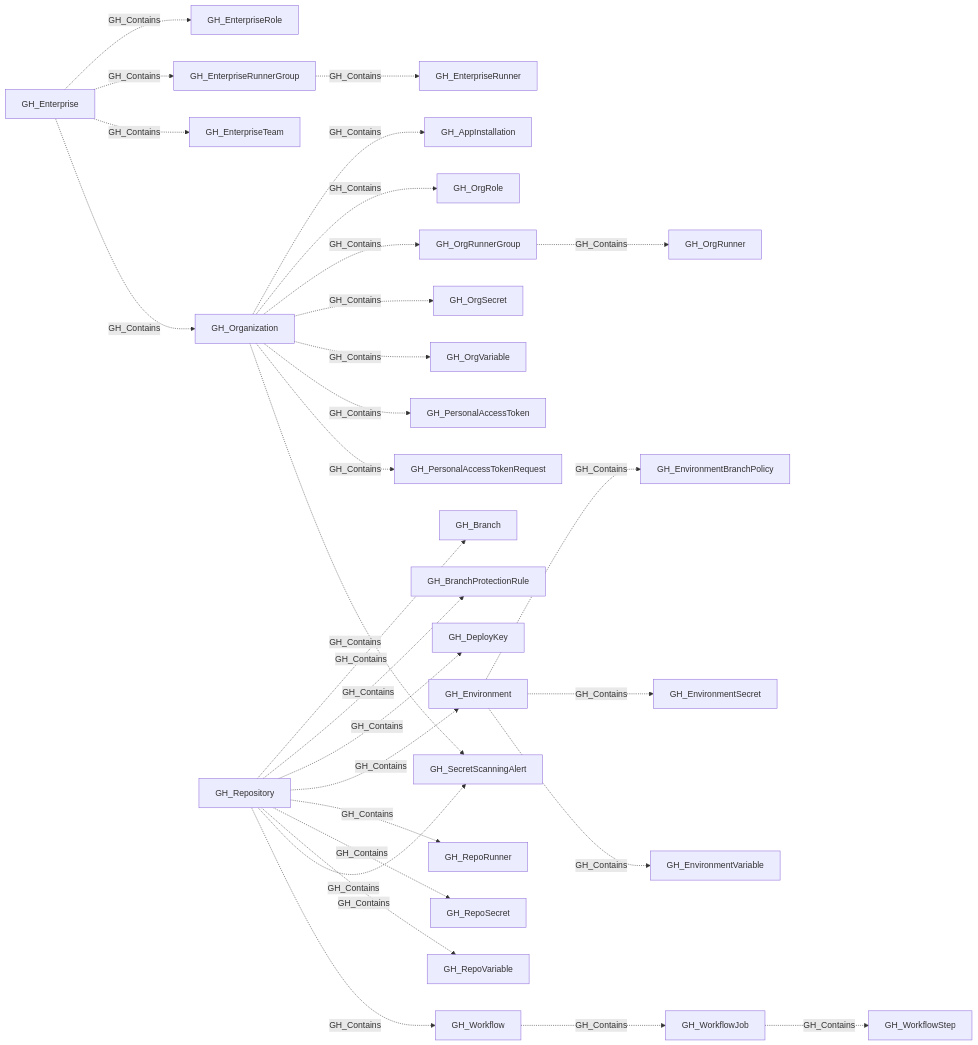
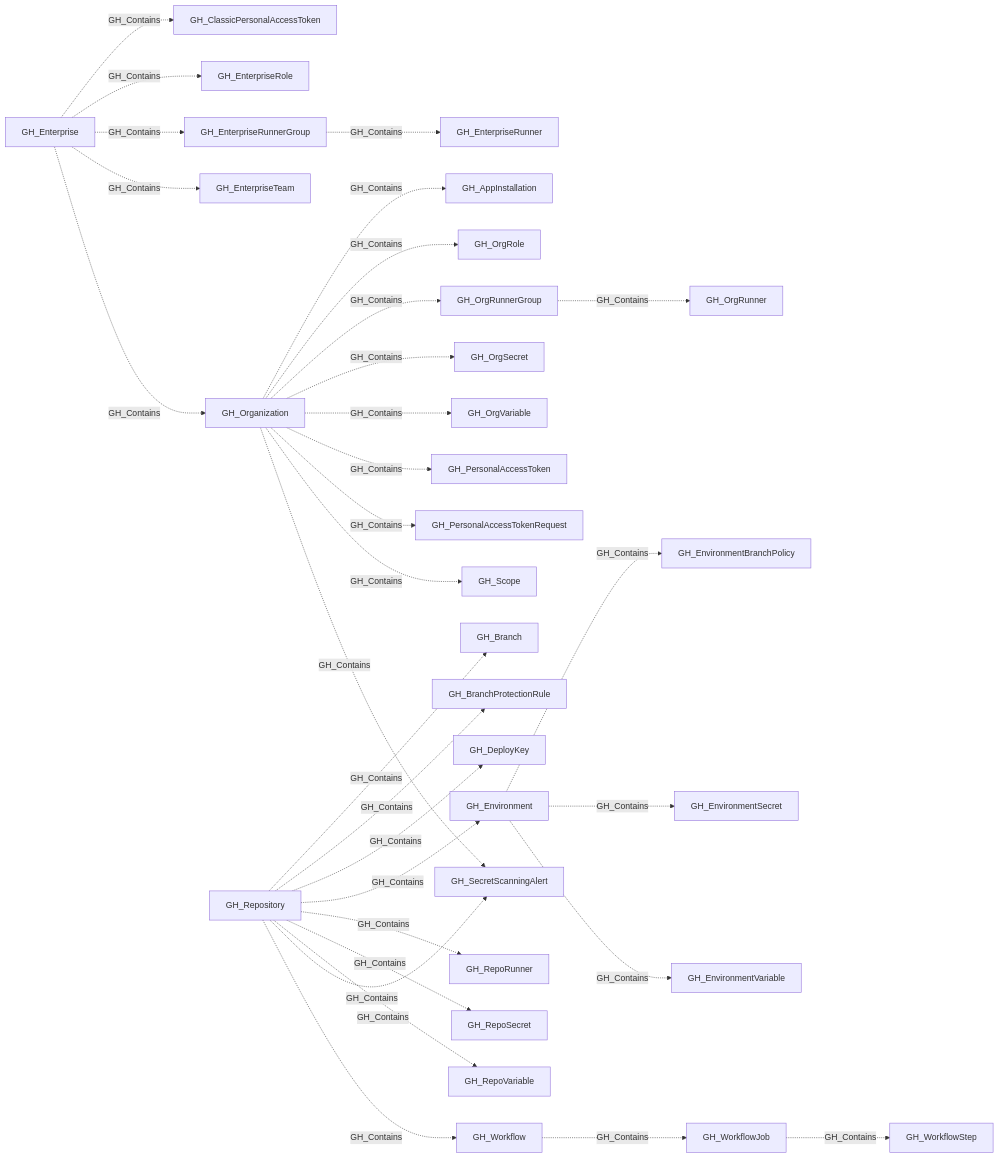
Before and after one commit to SpecterOps/bloodhound-docs: the second of 2 diagrams in docs/opengraph/extensions/github/edges/gh_contains.mdx, drawn with Mermaid. The commit also changed other lines of this file and 30 other files, not shown here.

Commit message:
chore: update openhound github reference for schema v1.4.0

````diff
--- a/docs/opengraph/extensions/github/edges/gh_contains.mdx
+++ b/docs/opengraph/extensions/github/edges/gh_contains.mdx
@@ -143,60 +151,64 @@
 ```mermaid
 graph LR
     n0["GH_Enterprise"]
-    n1["GH_EnterpriseRole"]
-    n2["GH_EnterpriseRunnerGroup"]
-    n3["GH_EnterpriseTeam"]
-    n4["GH_Organization"]
-    n5["GH_EnterpriseRunner"]
-    n6["GH_Environment"]
-    n7["GH_EnvironmentBranchPolicy"]
-    n8["GH_EnvironmentSecret"]
-    n9["GH_EnvironmentVariable"]
-    n10["GH_OrgRunnerGroup"]
-    n11["GH_OrgRunner"]
-    n12["GH_AppInstallation"]
-    n13["GH_OrgRole"]
-    n14["GH_OrgSecret"]
-    n15["GH_OrgVariable"]
-    n16["GH_PersonalAccessToken"]
-    n17["GH_PersonalAccessTokenRequest"]
-    n18["GH_SecretScanningAlert"]
-    n19["GH_Repository"]
-    n20["GH_Branch"]
-    n21["GH_BranchProtectionRule"]
-    n22["GH_DeployKey"]
-    n23["GH_RepoRunner"]
-    n24["GH_RepoSecret"]
-    n25["GH_RepoVariable"]
-    n26["GH_Workflow"]
-    n27["GH_WorkflowJob"]
-    n28["GH_WorkflowStep"]
+    n1["GH_ClassicPersonalAccessToken"]
+    n2["GH_EnterpriseRole"]
+    n3["GH_EnterpriseRunnerGroup"]
+    n4["GH_EnterpriseTeam"]
+    n5["GH_Organization"]
+    n6["GH_EnterpriseRunner"]
+    n7["GH_Environment"]
+    n8["GH_EnvironmentBranchPolicy"]
+    n9["GH_EnvironmentSecret"]
+    n10["GH_EnvironmentVariable"]
+    n11["GH_OrgRunnerGroup"]
+    n12["GH_OrgRunner"]
+    n13["GH_AppInstallation"]
+    n14["GH_OrgRole"]
+    n15["GH_OrgSecret"]
+    n16["GH_OrgVariable"]
+    n17["GH_PersonalAccessToken"]
+    n18["GH_PersonalAccessTokenRequest"]
+    n19["GH_Scope"]
+    n20["GH_SecretScanningAlert"]
+    n21["GH_Repository"]
+    n22["GH_Branch"]
+    n23["GH_BranchProtectionRule"]
+    n24["GH_DeployKey"]
+    n25["GH_RepoRunner"]
+    n26["GH_RepoSecret"]
+    n27["GH_RepoVariable"]
+    n28["GH_Workflow"]
+    n29["GH_WorkflowJob"]
+    n30["GH_WorkflowStep"]
     n0 -.->|GH_Contains| n1
     n0 -.->|GH_Contains| n2
     n0 -.->|GH_Contains| n3
     n0 -.->|GH_Contains| n4
-    n2 -.->|GH_Contains| n5
-    n6 -.->|GH_Contains| n7
-    n6 -.->|GH_Contains| n8
-    n6 -.->|GH_Contains| n9
-    n10 -.->|GH_Contains| n11
-    n4 -.->|GH_Contains| n12
-    n4 -.->|GH_Contains| n13
-    n4 -.->|GH_Contains| n10
-    n4 -.->|GH_Contains| n14
-    n4 -.->|GH_Contains| n15
-    n4 -.->|GH_Contains| n16
-    n4 -.->|GH_Contains| n17
-    n4 -.->|GH_Contains| n18
-    n19 -.->|GH_Contains| n20
-    n19 -.->|GH_Contains| n21
-    n19 -.->|GH_Contains| n22
-    n19 -.->|GH_Contains| n6
-    n19 -.->|GH_Contains| n23
-    n19 -.->|GH_Contains| n24
-    n19 -.->|GH_Contains| n25
-    n19 -.->|GH_Contains| n18
-    n19 -.->|GH_Contains| n26
-    n26 -.->|GH_Contains| n27
-    n27 -.->|GH_Contains| n28
+    n0 -.->|GH_Contains| n5
+    n3 -.->|GH_Contains| n6
+    n7 -.->|GH_Contains| n8
+    n7 -.->|GH_Contains| n9
+    n7 -.->|GH_Contains| n10
+    n11 -.->|GH_Contains| n12
+    n5 -.->|GH_Contains| n13
+    n5 -.->|GH_Contains| n14
+    n5 -.->|GH_Contains| n11
+    n5 -.->|GH_Contains| n15
+    n5 -.->|GH_Contains| n16
+    n5 -.->|GH_Contains| n17
+    n5 -.->|GH_Contains| n18
+    n5 -.->|GH_Contains| n19
+    n5 -.->|GH_Contains| n20
+    n21 -.->|GH_Contains| n22
+    n21 -.->|GH_Contains| n23
+    n21 -.->|GH_Contains| n24
+    n21 -.->|GH_Contains| n7
+    n21 -.->|GH_Contains| n25
+    n21 -.->|GH_Contains| n26
+    n21 -.->|GH_Contains| n27
+    n21 -.->|GH_Contains| n20
+    n21 -.->|GH_Contains| n28
+    n28 -.->|GH_Contains| n29
+    n29 -.->|GH_Contains| n30
 ```
````
